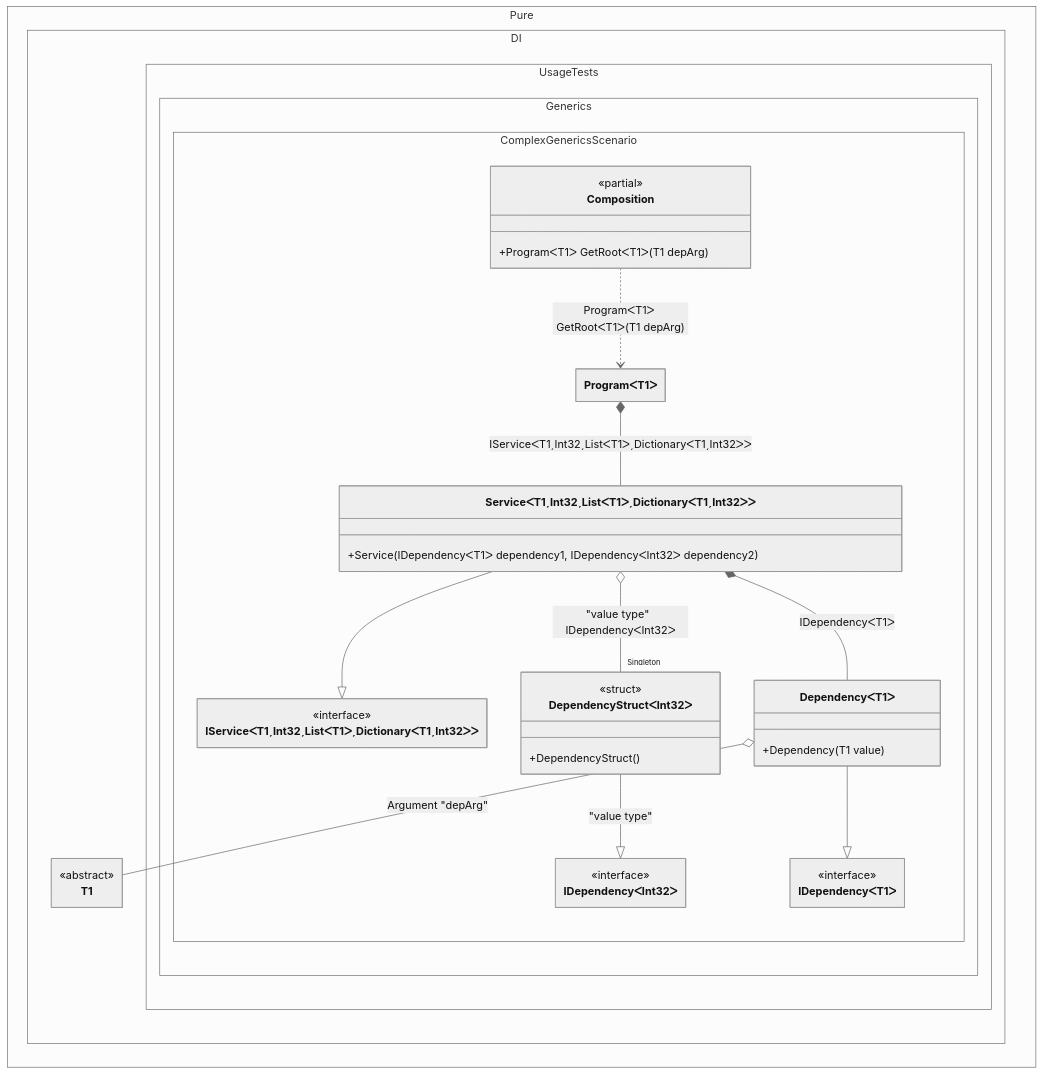
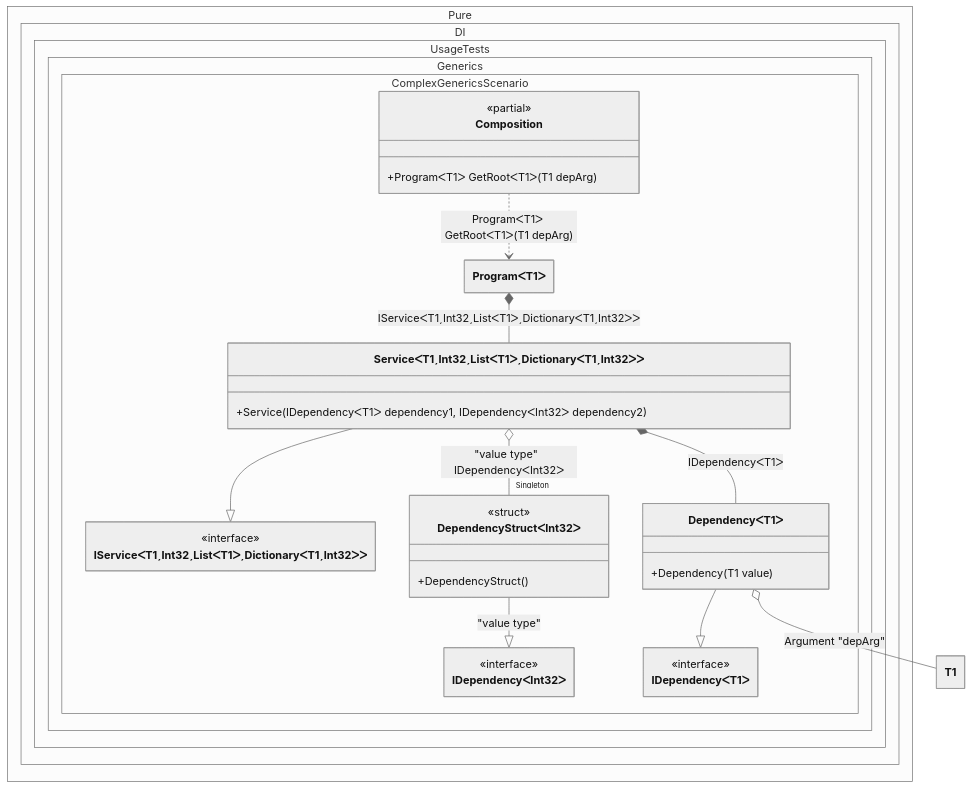
The diagram in readme/complex-generics.md (DevTeam/Pure.DI), drawn with Mermaid (neutral theme) before and after one commit. The commit also changed 5 other files, not shown here.

Commit message:
Improved class diagrams

````diff
--- a/readme/complex-generics.md
+++ b/readme/complex-generics.md
@@ -117,48 +117,43 @@
 ```mermaid
 ---
  config:
   class:
    hideEmptyMembersBox: true
 ---
 classDiagram
 	ServiceᐸT1ˏInt32ˏListᐸT1ᐳˏDictionaryᐸT1ˏInt32ᐳᐳ --|> IServiceᐸT1ˏInt32ˏListᐸT1ᐳˏDictionaryᐸT1ˏInt32ᐳᐳ
 	DependencyStructᐸInt32ᐳ --|> IDependencyᐸInt32ᐳ : "value type" 
 	DependencyᐸT1ᐳ --|> IDependencyᐸT1ᐳ
 	Composition ..> ProgramᐸT1ᐳ : ProgramᐸT1ᐳ GetRootᐸT1ᐳ(T1 depArg)
 	ProgramᐸT1ᐳ *--  ServiceᐸT1ˏInt32ˏListᐸT1ᐳˏDictionaryᐸT1ˏInt32ᐳᐳ : IServiceᐸT1ˏInt32ˏListᐸT1ᐳˏDictionaryᐸT1ˏInt32ᐳᐳ
 	ServiceᐸT1ˏInt32ˏListᐸT1ᐳˏDictionaryᐸT1ˏInt32ᐳᐳ *--  DependencyᐸT1ᐳ : IDependencyᐸT1ᐳ
 	ServiceᐸT1ˏInt32ˏListᐸT1ᐳˏDictionaryᐸT1ˏInt32ᐳᐳ o-- "Singleton" DependencyStructᐸInt32ᐳ : "value type"  IDependencyᐸInt32ᐳ
 	DependencyᐸT1ᐳ o-- T1 : Argument "depArg"
-	namespace Pure.DI {
-		class T1 {
-			<<abstract>>
-		}
-	}
 	namespace Pure.DI.UsageTests.Generics.ComplexGenericsScenario {
 		class Composition {
 		<<partial>>
 		+ProgramᐸT1ᐳ GetRootᐸT1ᐳ(T1 depArg)
 		}
 		class DependencyStructᐸInt32ᐳ {
 				<<struct>>
 			+DependencyStruct()
 		}
 		class DependencyᐸT1ᐳ {
 			+Dependency(T1 value)
 		}
 		class IDependencyᐸInt32ᐳ {
 			<<interface>>
 		}
 		class IDependencyᐸT1ᐳ {
 			<<interface>>
 		}
 		class IServiceᐸT1ˏInt32ˏListᐸT1ᐳˏDictionaryᐸT1ˏInt32ᐳᐳ {
 			<<interface>>
 		}
 		class ProgramᐸT1ᐳ {
 		}
 		class ServiceᐸT1ˏInt32ˏListᐸT1ᐳˏDictionaryᐸT1ˏInt32ᐳᐳ {
 			+Service(IDependencyᐸT1ᐳ dependency1, IDependencyᐸInt32ᐳ dependency2)
 		}
 	}
 ```
````
